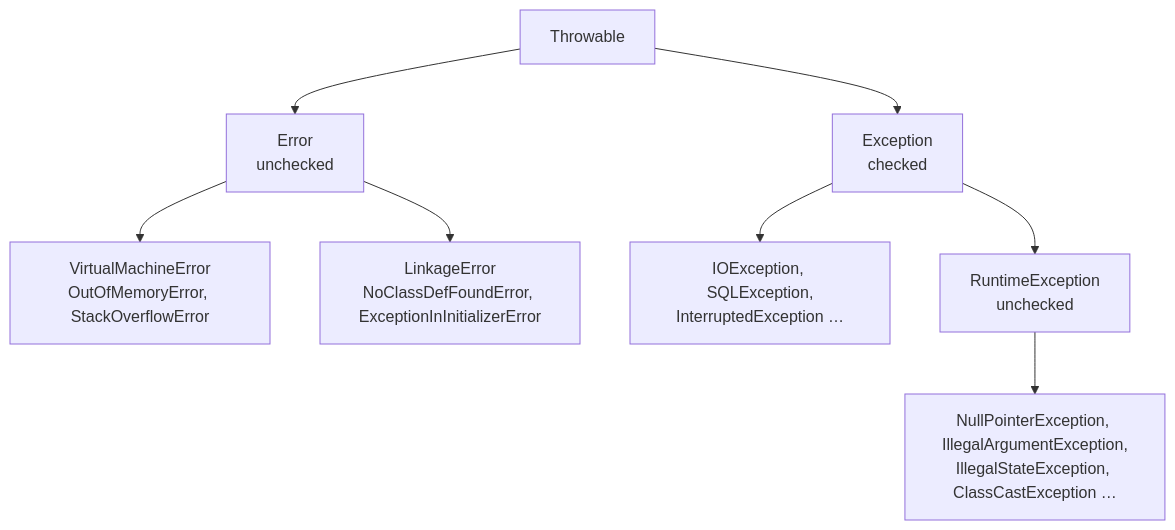
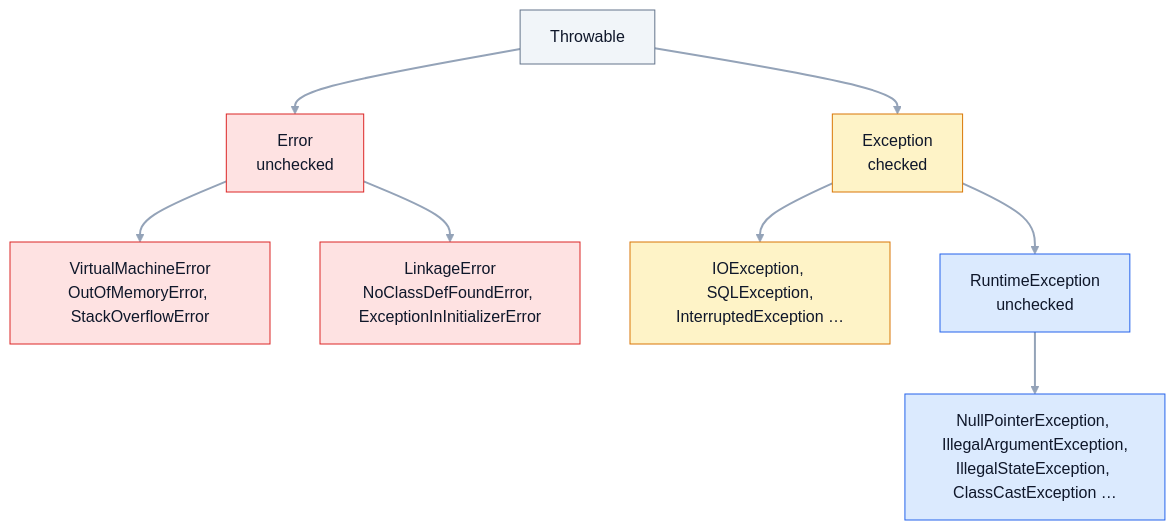
Before and after one commit to bogdan111305/java-senior-roadmap: the diagram in kb/04-exceptions/01-exception-hierarchy.md, drawn with Mermaid. The commit also changed 31 other files, not shown here.

````diff
--- a/kb/04-exceptions/01-exception-hierarchy.md
+++ b/kb/04-exceptions/01-exception-hierarchy.md
@@ -42,10 +42,20 @@
 ```mermaid
 flowchart TD
     T["Throwable"] --> E["Error<br/>unchecked"]
     T --> X["Exception<br/>checked"]
     E --> VM["VirtualMachineError<br/>OutOfMemoryError, StackOverflowError"]
     E --> LE["LinkageError<br/>NoClassDefFoundError, ExceptionInInitializerError"]
     X --> IO["IOException, SQLException,<br/>InterruptedException …"]
     X --> R["RuntimeException<br/>unchecked"]
     R --> RR["NullPointerException, IllegalArgumentException,<br/>IllegalStateException, ClassCastException …"]
+    classDef main fill:#dbeafe,stroke:#2563eb,color:#0f172a
+    classDef accent fill:#fef3c7,stroke:#d97706,color:#0f172a
+    classDef good fill:#dcfce7,stroke:#16a34a,color:#0f172a
+    classDef muted fill:#f1f5f9,stroke:#64748b,color:#0f172a
+    classDef bad fill:#fee2e2,stroke:#dc2626,color:#0f172a
+    class T muted
+    class E,VM,LE bad
+    class X,IO accent
+    class R,RR main
+    linkStyle default stroke:#94a3b8,stroke-width:2px
 ```
````
